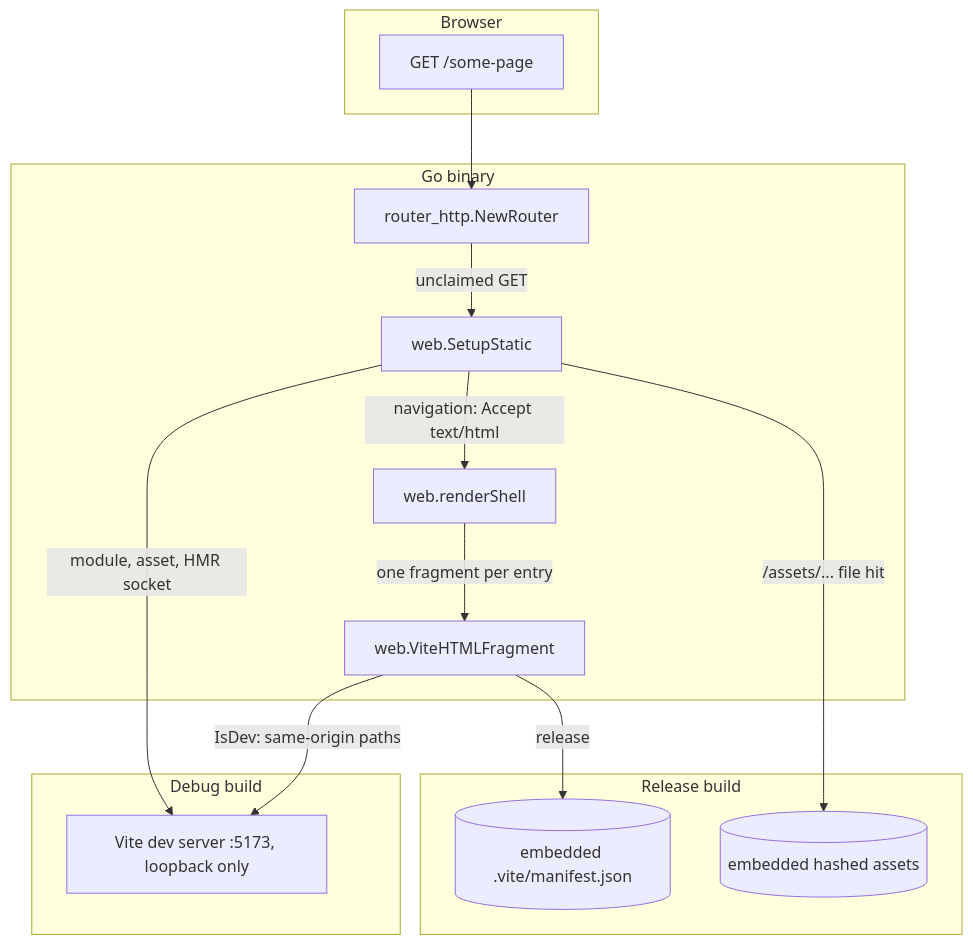
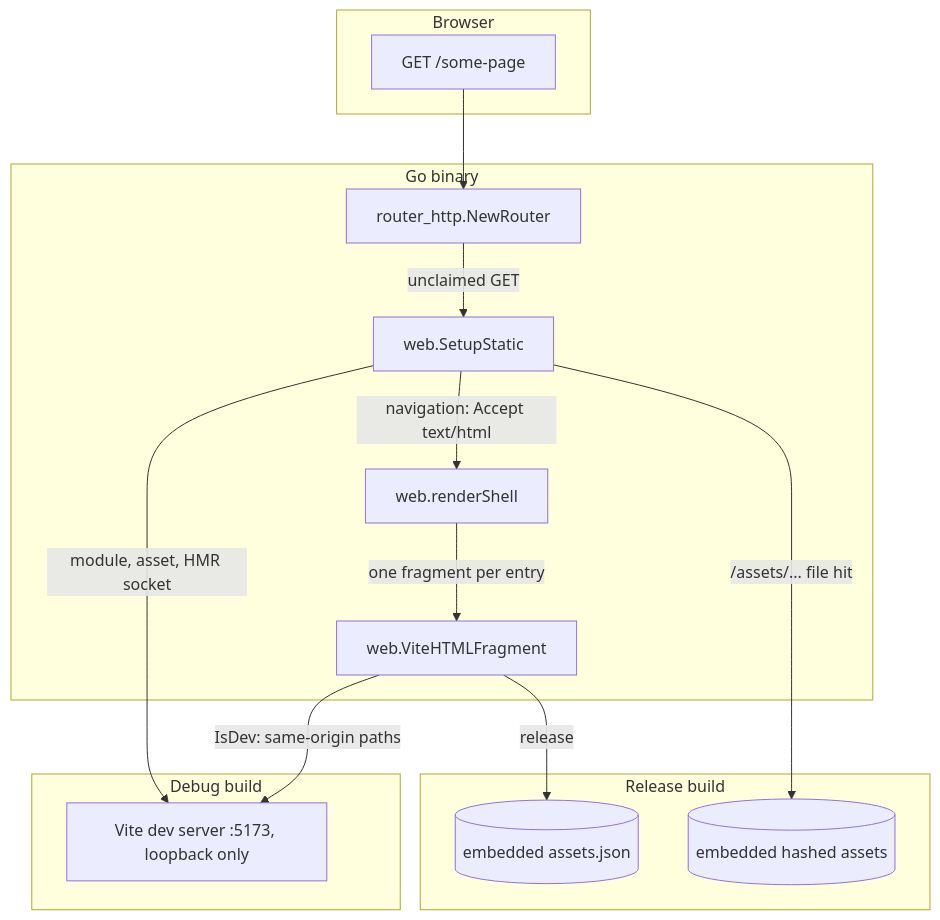
Before and after one commit to riipandi/saka: the diagram in web/README.md, drawn with Mermaid. The commit also changed other lines of this file and 7 other files, not shown here.

First line of the commit message:
fix(build): the embed carries the assets, not Vite's internal manifest

````diff
--- a/web/README.md
+++ b/web/README.md
@@ -36,31 +36,31 @@
 ```mermaid
 flowchart TB
     subgraph Browser
         B[GET /some-page]
     end
 
     subgraph Go binary
         R[router_http.NewRouter]
         S[web.SetupStatic]
         SH[web.renderShell]
         F[web.ViteHTMLFragment]
     end
 
     subgraph Debug build
         V[Vite dev server :5173, loopback only]
     end
 
     subgraph Release build
-        M[(embedded .vite/manifest.json)]
+        M[(embedded assets.json)]
         A[(embedded hashed assets)]
     end
 
     B --> R
     R -->|unclaimed GET| S
     S -->|navigation: Accept text/html| SH
     SH -->|one fragment per entry| F
     F -->|IsDev: same-origin paths| V
     F -->|release| M
     S -->|module, asset, HMR socket| V
     S -->|/assets/... file hit| A
 ```
````
